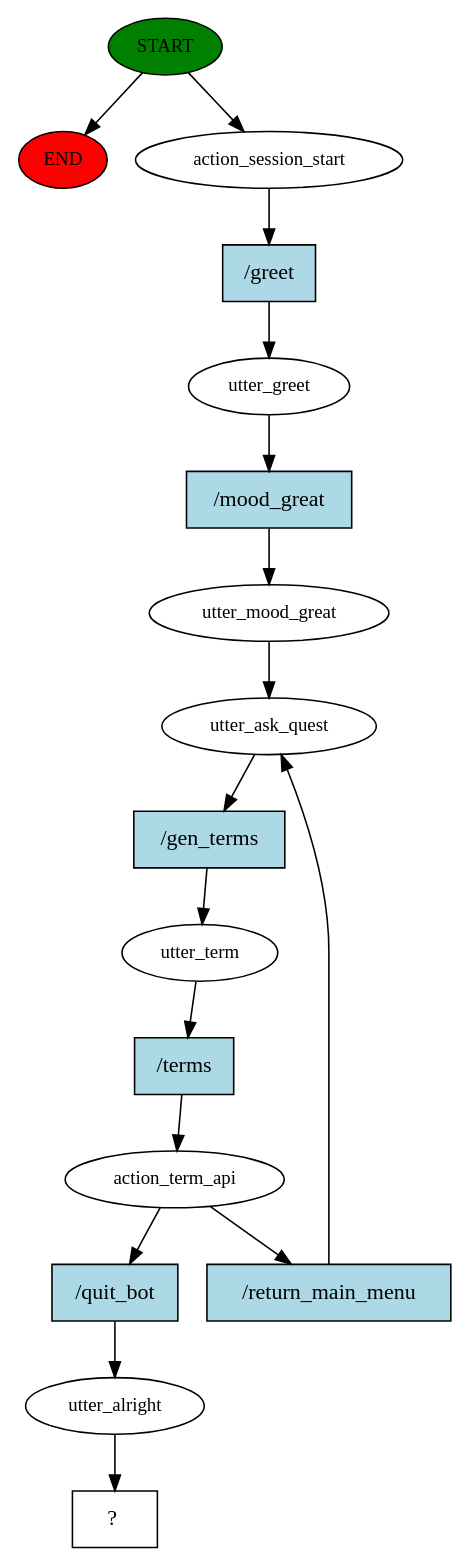
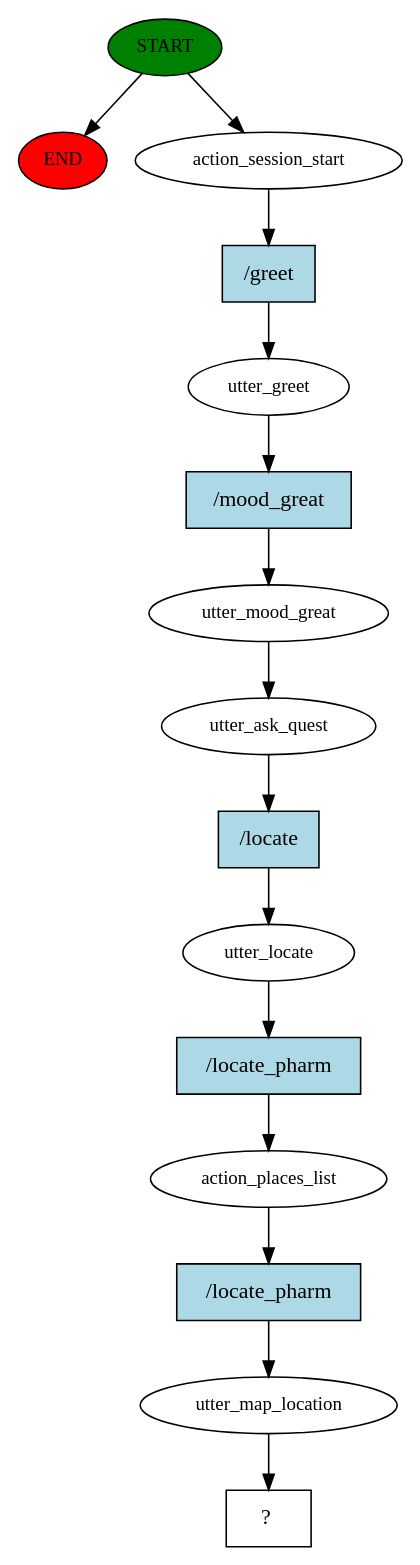
The diagram in story_graph.dot (mebaidoo/Medical-Chatbot-Capstone), drawn with Graphviz before and after one commit. The commit also changed 4 other files, not shown here.

```diff
--- a/story_graph.dot
+++ b/story_graph.dot
@@ -1,34 +1,31 @@
 digraph  {
 0 [class="start active", fillcolor=green, fontsize=12, label=START, style=filled];
 "-1" [class=end, fillcolor=red, fontsize=12, label=END, style=filled];
 1 [class=active, fontsize=12, label=action_session_start];
 2 [class=active, fontsize=12, label=utter_greet];
 3 [class=active, fontsize=12, label=utter_mood_great];
 4 [class=active, fontsize=12, label=utter_ask_quest];
-5 [class=active, fontsize=12, label=utter_term];
-6 [class=active, fontsize=12, label=action_term_api];
-13 [class=active, fontsize=12, label=utter_alright];
-14 [class="intent dashed active", label="  ?  ", shape=rect];
-15 [class="intent active", fillcolor=lightblue, label="/greet", shape=rect, style=filled];
-16 [class="intent active", fillcolor=lightblue, label="/mood_great", shape=rect, style=filled];
-17 [class="intent active", fillcolor=lightblue, label="/gen_terms", shape=rect, style=filled];
-18 [class="intent active", fillcolor=lightblue, label="/terms", shape=rect, style=filled];
-19 [class="intent active", fillcolor=lightblue, label="/return_main_menu", shape=rect, style=filled];
-20 [class="intent active", fillcolor=lightblue, label="/quit_bot", shape=rect, style=filled];
+5 [class=active, fontsize=12, label=utter_locate];
+6 [class=active, fontsize=12, label=action_places_list];
+7 [class=active, fontsize=12, label=utter_map_location];
+8 [class="intent dashed active", label="  ?  ", shape=rect];
+9 [class="intent active", fillcolor=lightblue, label="/greet", shape=rect, style=filled];
+10 [class="intent active", fillcolor=lightblue, label="/mood_great", shape=rect, style=filled];
+11 [class="intent active", fillcolor=lightblue, label="/locate", shape=rect, style=filled];
+12 [class="intent active", fillcolor=lightblue, label="/locate_pharm", shape=rect, style=filled];
+13 [class="intent active", fillcolor=lightblue, label="/locate_pharm", shape=rect, style=filled];
 0 -> "-1"  [class="", key=NONE, label=""];
 0 -> 1  [class=active, key=NONE, label=""];
-1 -> 15  [class=active, key=0];
-2 -> 16  [class=active, key=0];
+1 -> 9  [class=active, key=0];
+2 -> 10  [class=active, key=0];
 3 -> 4  [class=active, key=NONE, label=""];
-4 -> 17  [class=active, key=0];
-5 -> 18  [class=active, key=0];
-6 -> 19  [class=active, key=0];
-6 -> 20  [class=active, key=0];
-13 -> 14  [class=active, key=NONE, label=""];
-15 -> 2  [class=active, key=0];
-16 -> 3  [class=active, key=0];
-17 -> 5  [class=active, key=0];
-18 -> 6  [class=active, key=0];
-19 -> 4  [class=active, key=0];
-20 -> 13  [class=active, key=0];
+4 -> 11  [class=active, key=0];
+5 -> 12  [class=active, key=0];
+6 -> 13  [class=active, key=0];
+7 -> 8  [class=active, key=NONE, label=""];
+9 -> 2  [class=active, key=0];
+10 -> 3  [class=active, key=0];
+11 -> 5  [class=active, key=0];
+12 -> 6  [class=active, key=0];
+13 -> 7  [class=active, key=0];
 }
```
